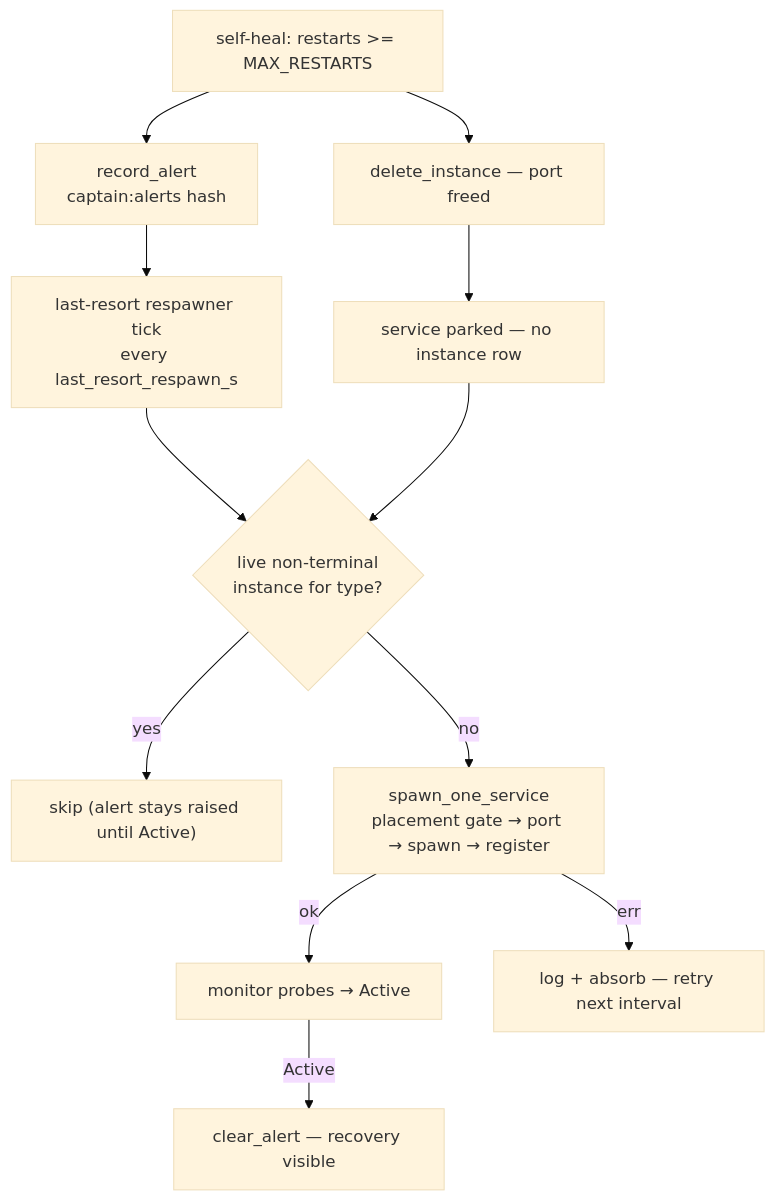
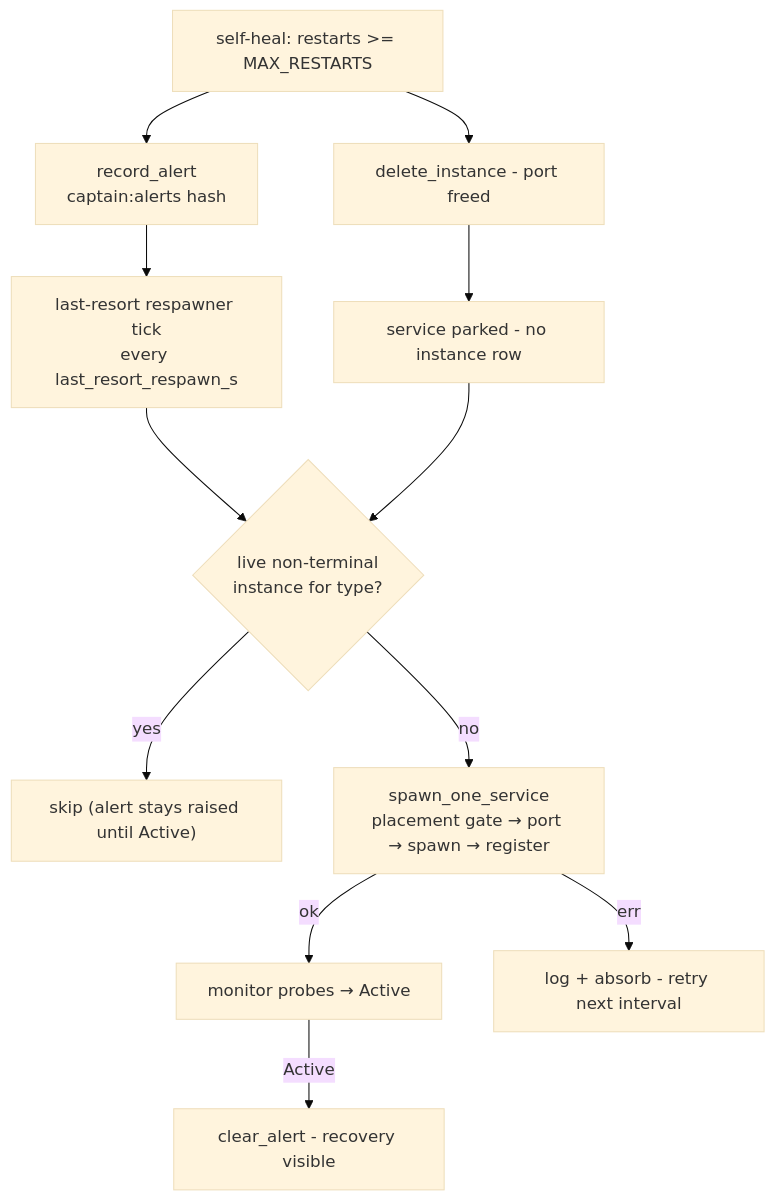
One commit to Sentin8/sentin8-site changed the third of 6 diagrams in docs/services/captain/design.md. Above: the diagram before and after it, drawn with Mermaid (base theme). The commit also changed other lines of this file and 105 other files, not shown here.

````diff
--- a/docs/services/captain/design.md
+++ b/docs/services/captain/design.md
@@ -273,14 +273,14 @@
 ```mermaid
 flowchart TD
     HE[self-heal: restarts >= MAX_RESTARTS] --> REC[record_alert<br/>captain:alerts hash]
-    HE --> DEL[delete_instance — port freed]
+    HE --> DEL[delete_instance - port freed]
     REC --> LRR[last-resort respawner tick<br/>every last_resort_respawn_s]
-    DEL --> LRR2["service parked — no instance row"]
+    DEL --> LRR2["service parked - no instance row"]
     LRR --> CH{"live non-terminal<br/>instance for type?"}
     LRR2 --> CH
     CH -- yes --> SKIP["skip (alert stays raised until Active)"]
     CH -- no --> SPAWN[spawn_one_service<br/>placement gate → port → spawn → register]
     SPAWN -- ok --> WAIT[monitor probes → Active]
-    WAIT -- Active --> CLR[clear_alert — recovery visible]
-    SPAWN -- err --> LOG[log + absorb — retry next interval]
+    WAIT -- Active --> CLR[clear_alert - recovery visible]
+    SPAWN -- err --> LOG[log + absorb - retry next interval]
 ```
````
